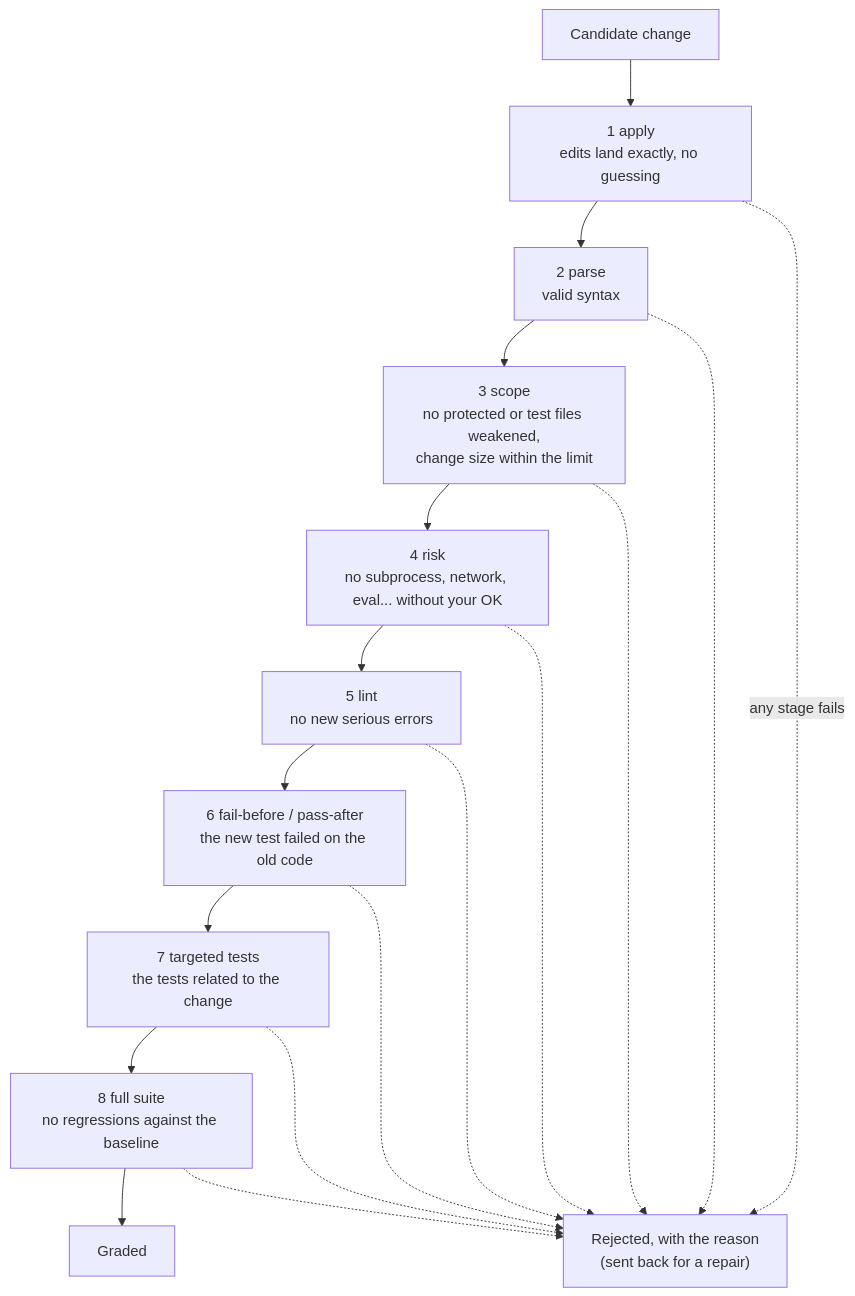
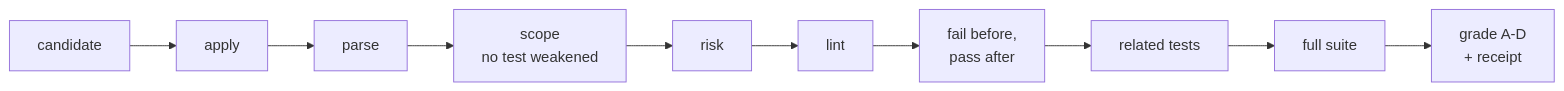
The diagram in README.md (AdityaTummuri/QEDCode), drawn with Mermaid before and after one commit. The commit also changed other lines of this file and 32 other files, not shown here.

````diff
--- a/README.md
+++ b/README.md
@@ -130,20 +52,5 @@
 ```mermaid
-flowchart TD
-    S["Candidate change"] --> A["1 apply<br/>edits land exactly, no guessing"]
-    A --> P["2 parse<br/>valid syntax"]
-    P --> SC["3 scope<br/>no protected or test files weakened,<br/>change size within the limit"]
-    SC --> R["4 risk<br/>no subprocess, network, eval... without your OK"]
-    R --> L["5 lint<br/>no new serious errors"]
-    L --> F["6 fail-before / pass-after<br/>the new test failed on the old code"]
-    F --> T["7 targeted tests<br/>the tests related to the change"]
-    T --> U["8 full suite<br/>no regressions against the baseline"]
-    U --> G["Graded"]
-    A -.->|"any stage fails"| X["Rejected, with the reason<br/>(sent back for a repair)"]
-    P -.-> X
-    SC -.-> X
-    R -.-> X
-    L -.-> X
-    F -.-> X
-    T -.-> X
-    U -.-> X
+flowchart LR
+    C["candidate"] --> A["apply"] --> P["parse"] --> S["scope<br/>no test weakened"] --> R["risk"] --> L["lint"]
+    L --> F["fail before,<br/>pass after"] --> T["related tests"] --> U["full suite"] --> G["grade A-D<br/>+ receipt"]
 ```
````
